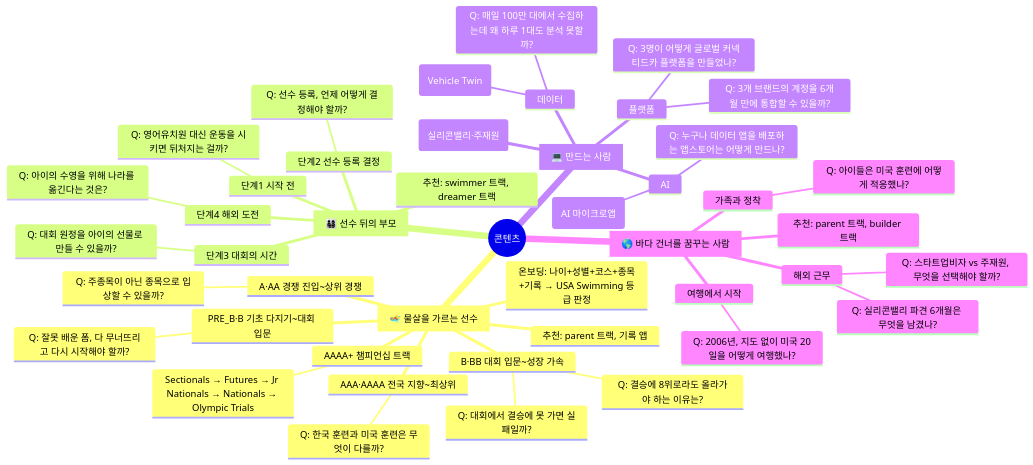
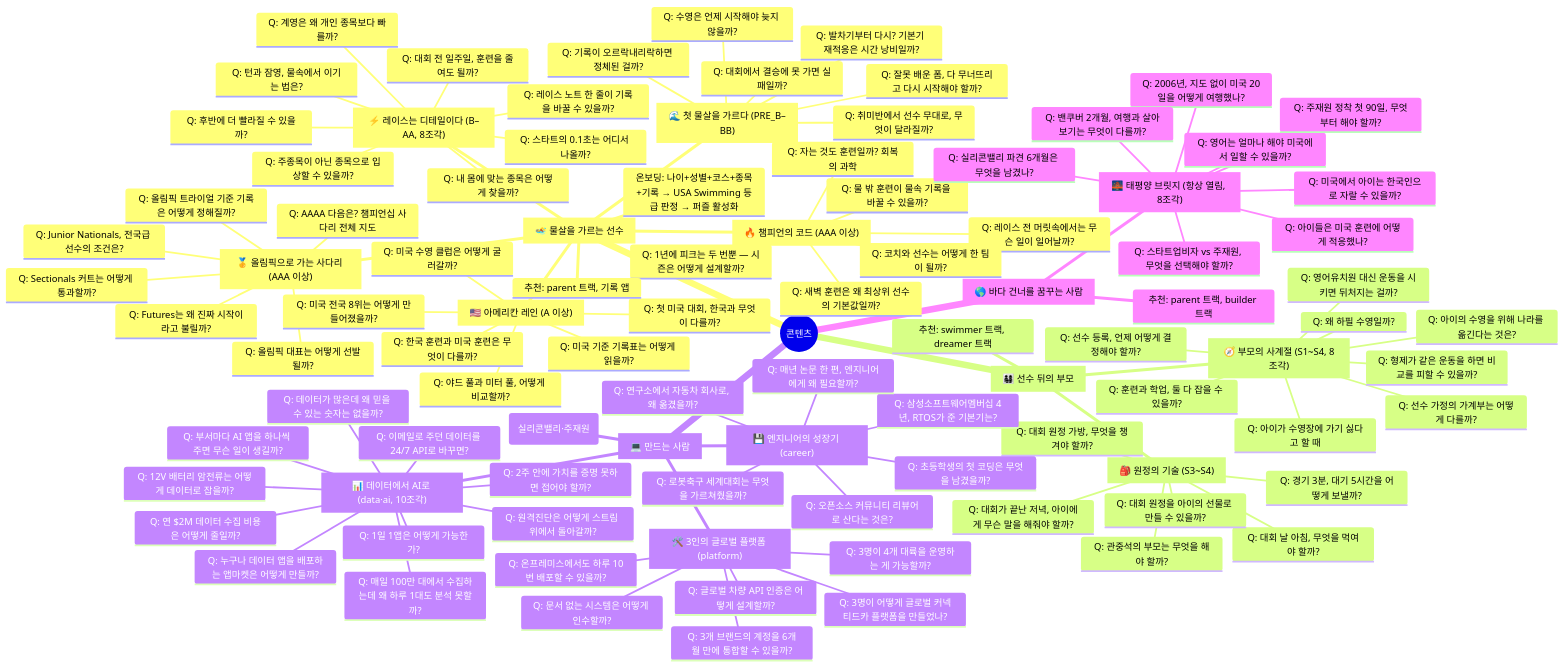
Before and after one commit to kyj5482/test: the diagram in brand/mindmap-content.md, drawn with Mermaid. The commit also changed other lines of this file and 125 other files, not shown here.

````diff
--- a/brand/mindmap-content.md
+++ b/brand/mindmap-content.md
@@ -16,47 +16,99 @@
 mindmap
   root((콘텐츠))
     swimmer["🏊 물살을 가르는 선수"]
-      온보딩: 나이+성별+코스+종목+기록 → USA Swimming 등급 판정
-      PRE_B·B 기초 다지기~대회 입문
+      온보딩: 나이+성별+코스+종목+기록 → USA Swimming 등급 판정 → 퍼즐 활성화
+      퍼즐1["🌊 첫 물살을 가르다 (PRE_B–BB)"]
+        Q: 수영은 언제 시작해야 늦지 않을까?
         Q: 잘못 배운 폼, 다 무너뜨리고 다시 시작해야 할까?
-      B·BB 대회 입문~성장 가속
+        Q: 발차기부터 다시? 기본기 재적응은 시간 낭비일까?
         Q: 대회에서 결승에 못 가면 실패일까?
-        Q: 결승에 8위로라도 올라가야 하는 이유는?
-      A·AA 경쟁 진입~상위 경쟁
+        Q: 기록이 오르락내리락하면 정체된 걸까?
+        Q: 취미반에서 선수 무대로, 무엇이 달라질까?
+      퍼즐2["⚡ 레이스는 디테일이다 (B–AA, 8조각)"]
+        Q: 스타트의 0.1초는 어디서 나올까?
+        Q: 턴과 잠영, 물속에서 이기는 법은?
+        Q: 후반에 더 빨라질 수 있을까?
+        Q: 내 몸에 맞는 종목은 어떻게 찾을까?
+        Q: 계영은 왜 개인 종목보다 빠를까?
+        Q: 대회 전 일주일, 훈련을 줄여도 될까?
         Q: 주종목이 아닌 종목으로 입상할 수 있을까?
-      AAA·AAAA 전국 지향~최상위
+        Q: 레이스 노트 한 줄이 기록을 바꿀 수 있을까?
+      퍼즐3["🇺🇸 아메리칸 레인 (A 이상)"]
+        Q: 미국 수영 클럽은 어떻게 굴러갈까?
+        Q: 미국 기준 기록표는 어떻게 읽을까?
+        Q: 야드 풀과 미터 풀, 어떻게 비교할까?
+        Q: 첫 미국 대회, 한국과 무엇이 다를까?
         Q: 한국 훈련과 미국 훈련은 무엇이 다를까?
-      AAAA+ 챔피언십 트랙
-        Sectionals → Futures → Jr Nationals → Nationals → Olympic Trials
+        Q: 미국 전국 8위는 어떻게 만들어졌을까?
+      퍼즐4["🥇 올림픽으로 가는 사다리 (AAA 이상)"]
+        Q: AAAA 다음은? 챔피언십 사다리 전체 지도
+        Q: Sectionals 커트는 어떻게 통과할까?
+        Q: Futures는 왜 진짜 시작이라고 불릴까?
+        Q: Junior Nationals, 전국급 선수의 조건은?
+        Q: 올림픽 트라이얼 기준 기록은 어떻게 정해질까?
+        Q: 올림픽 대표는 어떻게 선발될까?
+      퍼즐4b["🔥 챔피언의 코드 (AAA 이상)"]
+        Q: 새벽 훈련은 왜 최상위 선수의 기본값일까?
+        Q: 물 밖 훈련이 물속 기록을 바꿀 수 있을까?
+        Q: 자는 것도 훈련일까? 회복의 과학
+        Q: 레이스 전 머릿속에서는 무슨 일이 일어날까?
+        Q: 1년에 피크는 두 번뿐 — 시즌은 어떻게 설계할까?
+        Q: 코치와 선수는 어떻게 한 팀이 될까?
       추천: parent 트랙, 기록 앱
     parent["👨‍👩‍👧‍👦 선수 뒤의 부모"]
-      단계1 시작 전
+      퍼즐5["🧭 부모의 사계절 (S1~S4, 8조각)"]
         Q: 영어유치원 대신 운동을 시키면 뒤처지는 걸까?
-      단계2 선수 등록 결정
+        Q: 왜 하필 수영일까?
         Q: 선수 등록, 언제 어떻게 결정해야 할까?
-      단계3 대회의 시간
+        Q: 선수 가정의 가계부는 어떻게 다를까?
+        Q: 훈련과 학업, 둘 다 잡을 수 있을까?
+        Q: 아이가 수영장에 가기 싫다고 할 때
+        Q: 형제가 같은 운동을 하면 비교를 피할 수 있을까?
+        Q: 아이의 수영을 위해 나라를 옮긴다는 것은?
+      퍼즐6["🎒 원정의 기술 (S3~S4)"]
+        Q: 대회 원정 가방, 무엇을 챙겨야 할까?
+        Q: 대회 날 아침, 무엇을 먹여야 할까?
+        Q: 경기 3분, 대기 5시간을 어떻게 보낼까?
+        Q: 관중석의 부모는 무엇을 해야 할까?
         Q: 대회 원정을 아이의 선물로 만들 수 있을까?
-      단계4 해외 도전
-        Q: 아이의 수영을 위해 나라를 옮긴다는 것은?
+        Q: 대회가 끝난 저녁, 아이에게 무슨 말을 해줘야 할까?
       추천: swimmer 트랙, dreamer 트랙
     builder["💻 만드는 사람"]
-      플랫폼
+      퍼즐7["🛠️ 3인의 글로벌 플랫폼 (platform)"]
+        Q: 문서 없는 시스템은 어떻게 인수할까?
+        Q: 3개 브랜드의 계정을 6개월 만에 통합할 수 있을까?
+        Q: 글로벌 차량 API 인증은 어떻게 설계할까?
+        Q: 온프레미스에서도 하루 10번 배포할 수 있을까?
         Q: 3명이 어떻게 글로벌 커넥티드카 플랫폼을 만들었나?
-        Q: 3개 브랜드의 계정을 6개월 만에 통합할 수 있을까?
-      데이터
+        Q: 3명이 4개 대륙을 운영하는 게 가능할까?
+      퍼즐8["📊 데이터에서 AI로 (data·ai, 10조각)"]
         Q: 매일 100만 대에서 수집하는데 왜 하루 1대도 분석 못할까?
-        Q: 디지털 트윈은 어디까지가 현실일까? (Vehicle Twin)
-      AI
-        Q: 1일 1앱은 어떻게 가능한가? (AI 마이크로앱)
-        Q: 누구나 데이터 앱을 배포하는 앱스토어는 어떻게 만드나?
+        Q: 연 $2M 데이터 수집 비용은 어떻게 줄일까?
+        Q: 이메일로 주던 데이터를 24/7 API로 바꾸면?
+        Q: 데이터가 많은데 왜 믿을 수 있는 숫자는 없을까?
+        Q: 12V 배터리 암전류는 어떻게 데이터로 잡을까?
+        Q: 원격진단은 어떻게 스트림 위에서 돌아갈까?
+        Q: 1일 1앱은 어떻게 가능한가?
+        Q: 부서마다 AI 앱을 하나씩 주면 무슨 일이 생길까?
+        Q: 2주 안에 가치를 증명 못하면 접어야 할까?
+        Q: 누구나 데이터 앱을 배포하는 앱마켓은 어떻게 만들까?
+      퍼즐9["💾 엔지니어의 성장기 (career)"]
+        Q: 초등학생의 첫 코딩은 무엇을 남겼을까?
+        Q: 로봇축구 세계대회는 무엇을 가르쳐줬을까?
+        Q: 삼성소프트웨어멤버십 4년, RTOS가 준 기본기는?
+        Q: 오픈소스 커뮤니티 리뷰어로 산다는 것은?
+        Q: 매년 논문 한 편, 엔지니어에게 왜 필요할까?
+        Q: 연구소에서 자동차 회사로, 왜 옮겼을까?
       추천: dreamer 트랙 (실리콘밸리·주재원)
     dreamer["🌎 바다 건너를 꿈꾸는 사람"]
-      여행에서 시작
+      퍼즐10["🌉 태평양 브릿지 (항상 열림, 8조각)"]
         Q: 2006년, 지도 없이 미국 20일을 어떻게 여행했나?
-      해외 근무
+        Q: 밴쿠버 2개월, 여행과 살아보기는 무엇이 다를까?
         Q: 실리콘밸리 파견 6개월은 무엇을 남겼나?
+        Q: 영어는 얼마나 해야 미국에서 일할 수 있을까?
         Q: 스타트업비자 vs 주재원, 무엇을 선택해야 할까?
-      가족과 정착
+        Q: 주재원 정착 첫 90일, 무엇부터 해야 할까?
         Q: 아이들은 미국 훈련에 어떻게 적응했나?
+        Q: 미국에서 아이는 한국인으로 자랄 수 있을까?
       추천: parent 트랙, builder 트랙
 ```
````
